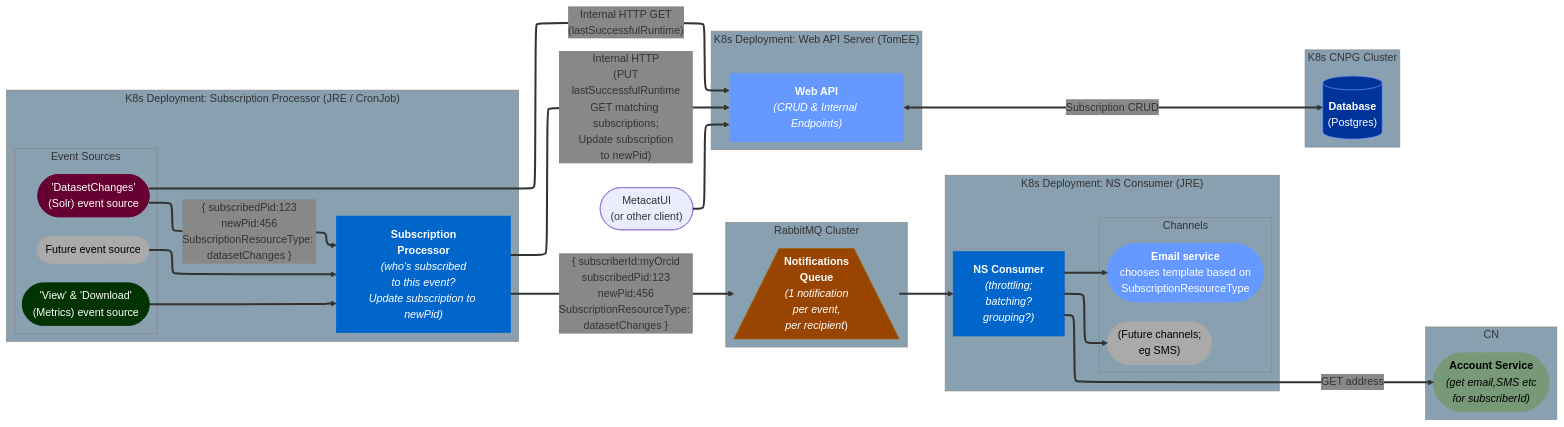
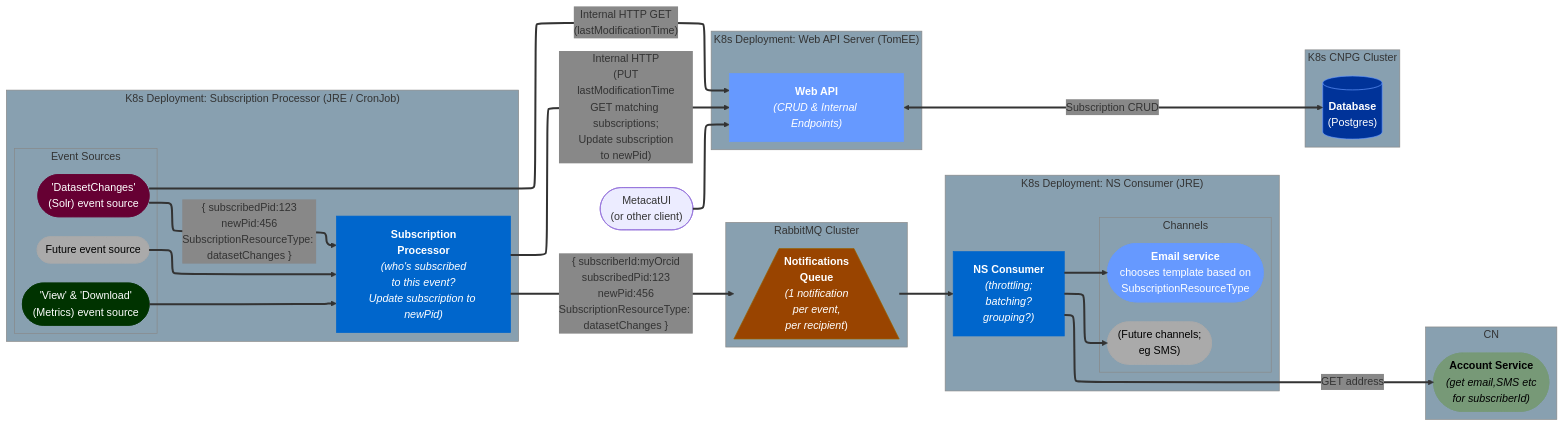
Before and after one commit to DataONEorg/notification-service: the diagram in docs/architecture.mmd, drawn with Mermaid. The commit also changed 10 other files, not shown here.

Commit message:
repurpose lastSuccessfulRuntime calls/db stack to instead hold last ModificationTime

```diff
--- a/docs/architecture.mmd
+++ b/docs/architecture.mmd
@@ -1,67 +1,67 @@
 ---
 config:
   layout: "elk"
   themeVariables:
     clusterBorder: "#888888"
     clusterBkg: "#88a0b0"
     edgeLabelBackground: "#888888"
 ---
 flowchart LR
         subgraph RabbitMQ Cluster
             Q["<b>Notifications<br/>Queue</b><br/><em>(1 notification<br/>per event,<br/>per recipient</em>)"]@{ shape: trapezoid-bottom }
         end
 
         subgraph "CN"
             account-svc(["<b>Account Service</b><br/><em>(get email,SMS etc<br/>for subscriberId)</em>"])
         end
 
         subgraph K8s CNPG Cluster
             DB["<b>Database</b><br/>(Postgres)"]@{ shape: cylinder }
         end
 
         subgraph "K8s Deployment: Web API Server (TomEE)"
             web-api["<b>Web API</b><br/><em>(CRUD & Internal Endpoints)</em>"]
         end
 
         subgraph "K8s Deployment: Subscription Processor (JRE / CronJob)"
             subgraph "Event Sources"
                 ds-src(["'DatasetChanges'<br/>(Solr) event source"])
                 mtrx-src(["'View' & 'Download'<br/>(Metrics) event source"])
                 fut-src(["Future event source"])
             end
             subs-proc["<b>Subscription<br/>Processor</b><br/><em>(who's subscribed<br/>to this event?<br/>Update subscription to newPid)</em>"]
         end
 
         subgraph "K8s Deployment: NS Consumer (JRE)"
             consumer["<b>NS Consumer</b><br/><em>(throttling;<br/>batching?<br/>grouping?)</em>"]
             subgraph Channels
                 email-svc(["<b>Email service</b><br/>chooses template based on<br/>SubscriptionResourceType"])
                 fut-channel(["(Future channels;<br/>eg SMS)"])
             end
         end
 
         metacatui(["MetacatUI<br/>(or other client)"]) --> web-api
         subs-proc -- "{ subscriberId:myOrcid<br/>subscribedPid:123<br/>newPid:456<br/>SubscriptionResourceType: datasetChanges }" --> Q
         consumer -- "GET address" --> account-svc
         Q --> consumer
         consumer --> fut-channel
         consumer --> email-svc
         ds-src -- "{ subscribedPid:123<br/>newPid:456<br/>SubscriptionResourceType: datasetChanges }" --> subs-proc
         mtrx-src --> subs-proc
         fut-src --> subs-proc
-        ds-src -- "Internal HTTP GET<br/>(lastSuccessfulRuntime)" --> web-api
-        subs-proc -- "Internal HTTP<br/>(PUT<br/>lastSuccessfulRuntime<br/>GET matching subscriptions;<br/>Update subscription<br/>to newPid)" --> web-api
+        ds-src -- "Internal HTTP GET<br/>(lastModificationTime)" --> web-api
+        subs-proc -- "Internal HTTP<br/>(PUT<br/>lastModificationTime<br/>GET matching subscriptions;<br/>Update subscription<br/>to newPid)" --> web-api
         web-api <-- Subscription CRUD --> DB
 
     linkStyle default stroke-width:3px,color:#000000,font-style:italic
     style ds-src color:#FFFFFF, stroke:#660033, fill:#660033
     style mtrx-src color:#FFFFFF, stroke:#003300, fill:#003300
     style subs-proc color:#FFFFFF, stroke:#0066CC, fill:#0066CC
     style Q color:#FFFFFF, stroke:#996600, fill:#994400
     style consumer color:#FFFFFF, stroke:#0066CC, fill:#0066CC
     style email-svc color:#FFFFFF, stroke:#6699FF, fill:#6699FF
     style web-api color:#FFFFFF, stroke:#6699FF, fill:#6699FF
     style fut-channel color:#000000, stroke:#aaaaaa, fill:#aaaaaa
     style fut-src color:#000000, stroke:#aaaaaa, fill:#aaaaaa
     style DB color:#FFFFFF, stroke:#6699FF, fill:#003399
     style account-svc color:#000000, stroke:#779977, fill:#779977
```
